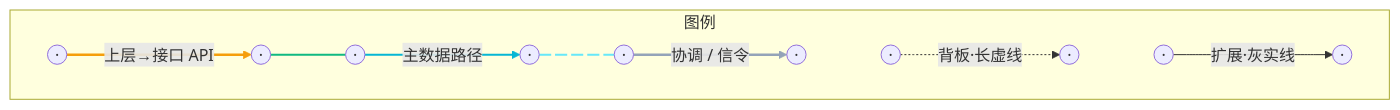
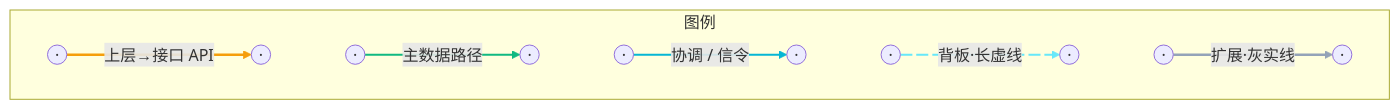
Before and after one commit to zxremail/cursor.config_mcp_rules_skills: the ninth of 9 diagrams in skills/mermaid-flowchart-layout/SKILL.md, drawn with Mermaid. The commit also changed other lines of this file and 1 other file, not shown here.

````diff
--- a/skills/mermaid-flowchart-layout/SKILL.md
+++ b/skills/mermaid-flowchart-layout/SKILL.md
@@ -265,21 +305,25 @@
 ```mermaid
 %%{init: {'theme': 'dark', 'flowchart': {'padding': 6, 'nodeSpacing': 12, 'rankSpacing': 18}, ...}}%%
 flowchart LR
     subgraph LEG["图例"]
         direction LR
         A1((·)) ==>|上层→接口 API| B1((·))
-        B1 ~~~ A2
+        B1 --- A2
         A2((·)) -->|主数据路径| B2((·))
-        B2 ~~~ A3
+        B2 --- A3
         A3((·)) -->|协调 / 信令| B3((·))
-        B3 ~~~ A4
+        B3 --- A4
         A4((·)) -.->|背板·长虚线| B4((·))
-        B4 ~~~ A5
+        B4 --- A5
         A5((·)) -->|扩展·灰实线| B5((·))
     end
     linkStyle 0 stroke:#F59E0B,stroke-width:2.5px
-    linkStyle 1 stroke:#10B981,stroke-width:2px
-    linkStyle 2 stroke:#06B6D4,stroke-width:2px
-    linkStyle 3 stroke:#67E8F9,stroke-width:2px,stroke-dasharray:12 4
-    linkStyle 4 stroke:#94A3B8,stroke-width:2.5px
+    linkStyle 1 opacity:0,stroke-width:0px
+    linkStyle 2 stroke:#10B981,stroke-width:2px
+    linkStyle 3 opacity:0,stroke-width:0px
+    linkStyle 4 stroke:#06B6D4,stroke-width:2px
+    linkStyle 5 opacity:0,stroke-width:0px
+    linkStyle 6 stroke:#67E8F9,stroke-width:2px,stroke-dasharray:12 4
+    linkStyle 7 opacity:0,stroke-width:0px
+    linkStyle 8 stroke:#94A3B8,stroke-width:2.5px
 ```
````
